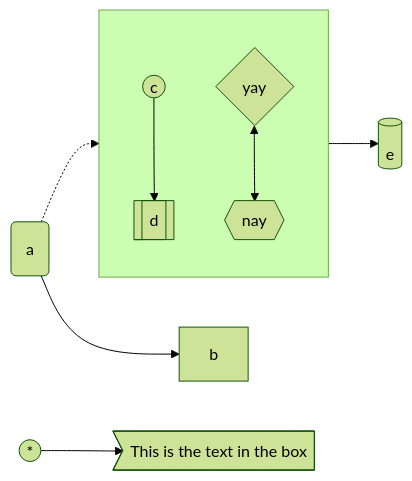
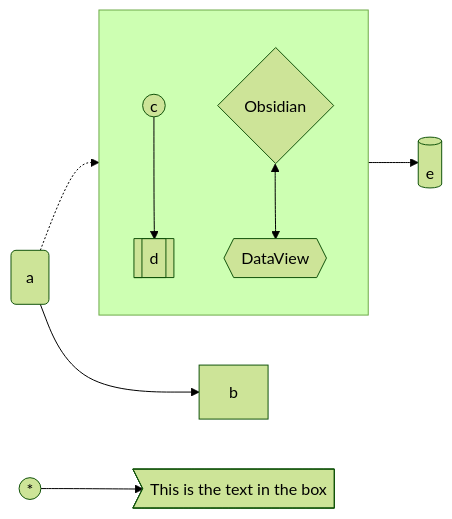
One commit to SebastianErfort/notes_public changed the second of 4 diagrams in tech/visualisation/mermaid.md. Above: the diagram before and after it, drawn with Mermaid (forest theme). The commit also changed 9 other files, not shown here.

````diff
--- a/tech/visualisation/mermaid.md
+++ b/tech/visualisation/mermaid.md
@@ -60,16 +60,16 @@
 ```mermaid
 graph LR
 a(a) --> b[b]
 subgraph sg1[" "]
   direction TB
   c((c)) --> d[[d]]
-  sg1a{<a>yay</a>} <--> sg1b{{nay}}
+  sg1a{<a>Obsidian</a>} <--> sg1b{{DataView}}
 end
 a -.-> sg1
 sg1 --> e[(e)]
 
 click sg1a "obsidian://open?file=Markdown"
 class sg1a external-link;
 
 dead1(("*")) --> id1>This is the text in the box]
 ```
````
